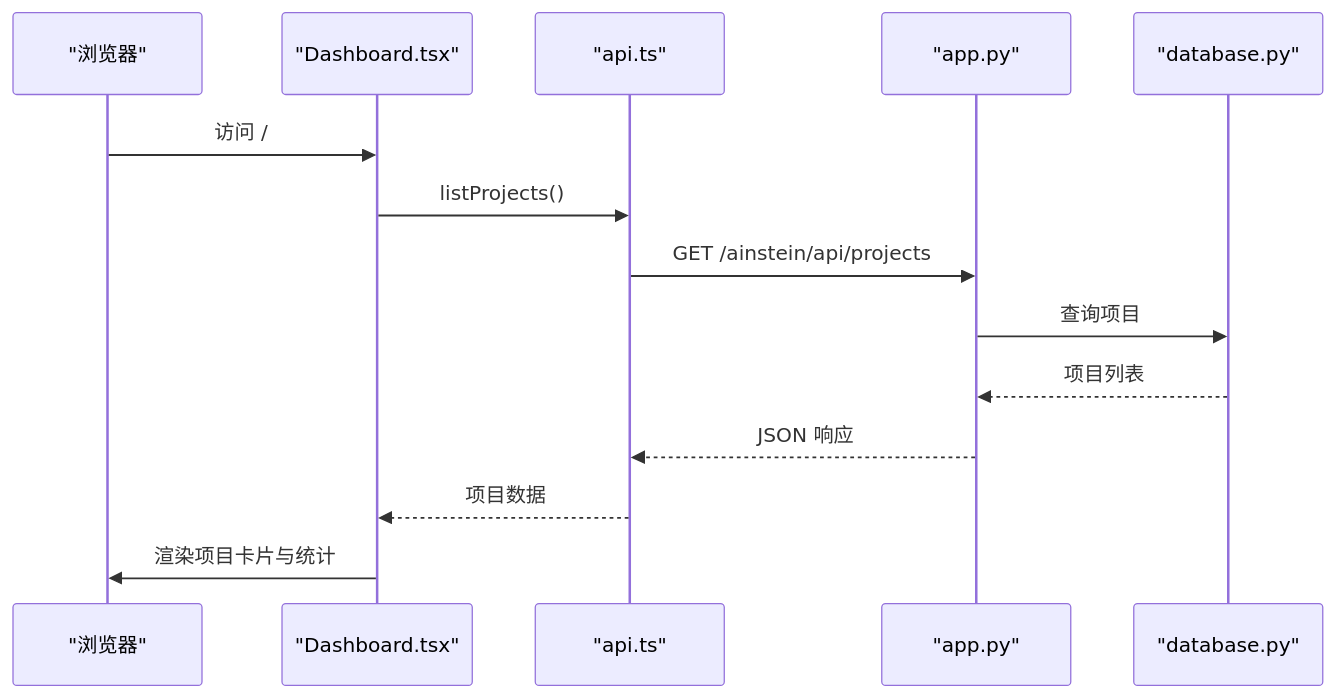
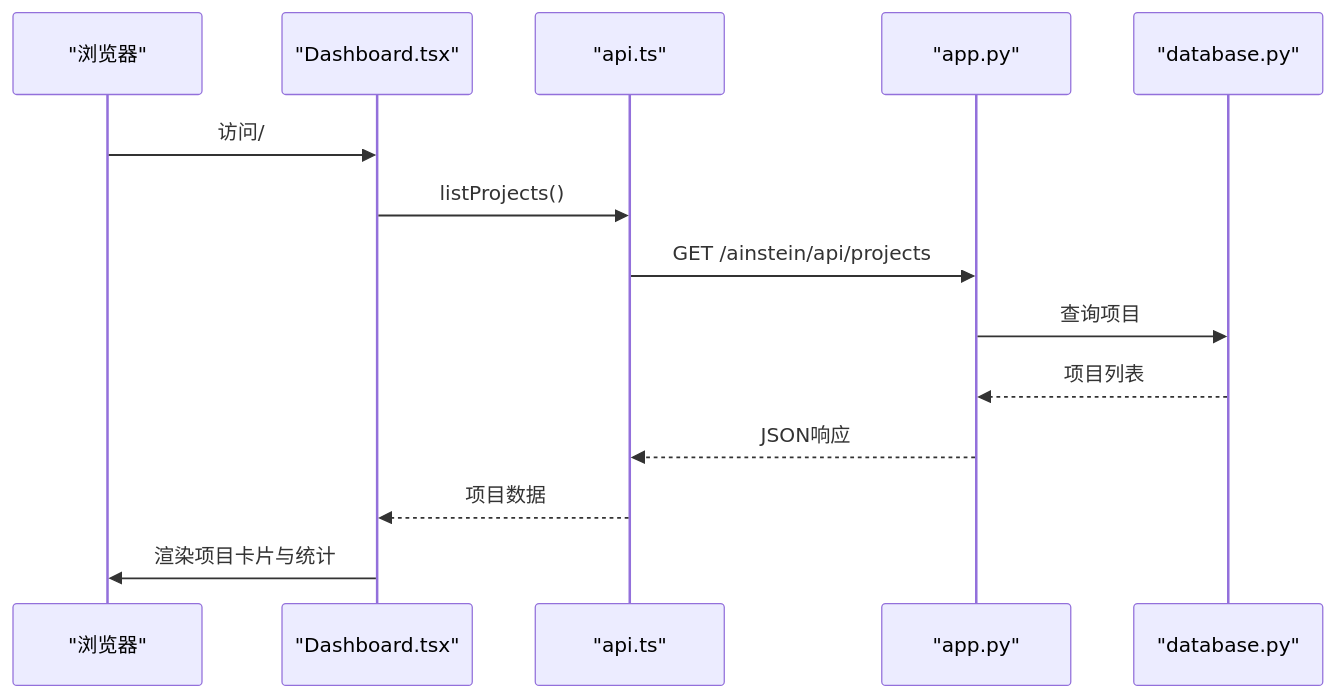
Before and after one commit to GDY-ai/AInstein: the tenth of 11 diagrams in .qoder/repowiki/zh/content/系统架构/硅基大脑蓝图/硅基大脑蓝图.md, drawn with Mermaid. The commit also changed other lines of this file and 90 other files, not shown here.

````diff
--- a/.qoder/repowiki/zh/content/系统架构/硅基大脑蓝图/硅基大脑蓝图.md
+++ b/.qoder/repowiki/zh/content/系统架构/硅基大脑蓝图/硅基大脑蓝图.md
@@ -395,16 +650,16 @@
 ```mermaid
 sequenceDiagram
 participant Browser as "浏览器"
 participant Dashboard as "Dashboard.tsx"
 participant API as "api.ts"
 participant Flask as "app.py"
 participant DB as "database.py"
-Browser->>Dashboard : 访问 /
+Browser->>Dashboard : 访问/
 Dashboard->>API : listProjects()
 API->>Flask : GET /ainstein/api/projects
 Flask->>DB : 查询项目
 DB-->>Flask : 项目列表
-Flask-->>API : JSON 响应
+Flask-->>API : JSON响应
 API-->>Dashboard : 项目数据
 Dashboard->>Browser : 渲染项目卡片与统计
 ```
````
